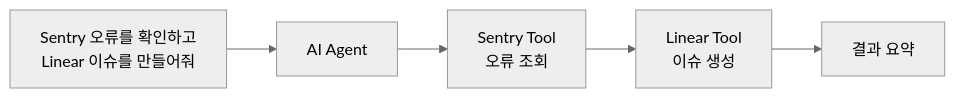
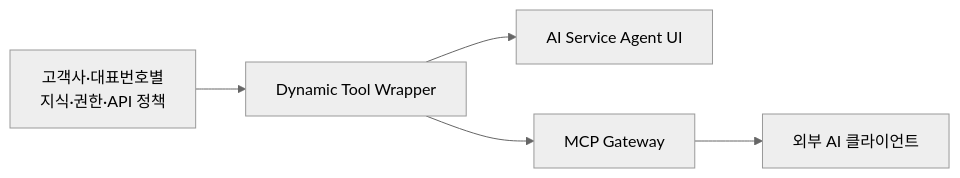
The eighth of 8 diagrams in docs/AI_SERVICE_AGENT_SERVICE_INTRODUCTION.md (hak023/sip_pbx), drawn with Mermaid (neutral theme) before and after one commit. The commit also changed other lines of this file and 3 other files, not shown here.

Commit message:
docs: publish AI Service Agent PoC

````diff
--- a/docs/AI_SERVICE_AGENT_SERVICE_INTRODUCTION.md
+++ b/docs/AI_SERVICE_AGENT_SERVICE_INTRODUCTION.md
@@ -468,7 +244,7 @@
 ```mermaid
 flowchart LR
-    U["Sentry 오류를 확인하고\nLinear 이슈를 만들어줘"] --> A[AI Agent]
-    A --> S[Sentry Tool\n오류 조회]
-    S --> L[Linear Tool\n이슈 생성]
-    L --> R[결과 요약]
+    K[고객사·대표번호별\n지식·권한·API 정책] --> D[Dynamic Tool Wrapper]
+    D --> A[AI Service Agent UI]
+    D --> M[MCP Gateway]
+    M --> C[외부 AI 클라이언트]
 ```
````
